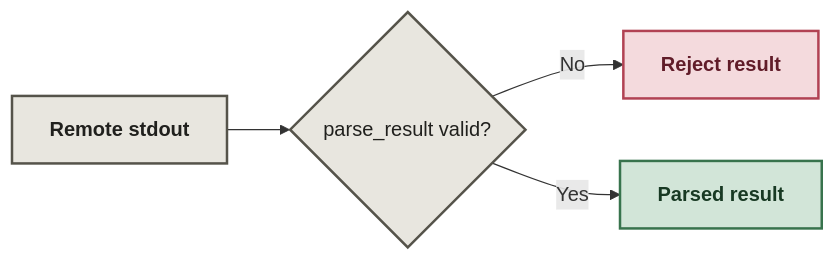
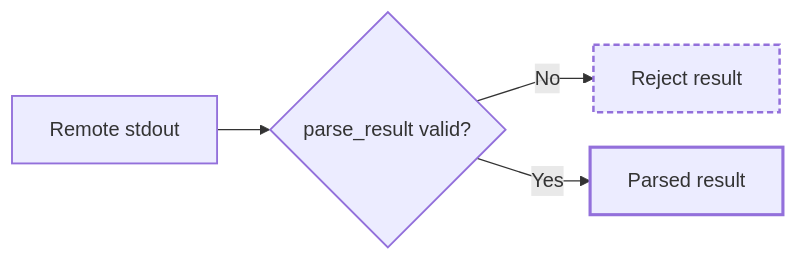
One commit to Niyam-Paneru/ubuntu-phone-compute-bridge changed the second of 3 diagrams in README.md. Above: the diagram before and after it, drawn with Mermaid. The commit also changed other lines of this file, not shown here.

Commit message:
Improve Mermaid layout and light-dark theme readability

````diff
--- a/README.md
+++ b/README.md
@@ -36,12 +46,21 @@
 ```mermaid
+---
+config:
+  flowchart:
+    curve: linear
+    nodeSpacing: 28
+    rankSpacing: 42
+---
 flowchart LR
-    R["<b>Remote stdout</b>"] --> V{"parse_result valid?"}
-    V -- No --> X["<b>Reject result</b>"]
-    V -- Yes --> P["<b>Parsed result</b>"]
-    classDef input fill:#e8e6df,stroke:#55534a,color:#20201d,stroke-width:2px;
-    classDef pass fill:#d2e5d8,stroke:#38734d,color:#183923,stroke-width:2px;
-    classDef stop fill:#f4dadd,stroke:#b14253,color:#611c29,stroke-width:2px;
+    accTitle: Caller validation: check the result before using it
+    accDescr: Decision flow for caller validation: check the result before using it.
+    R["Remote stdout"] --> V{"parse_result valid?"}
+    V -- No --> X["Reject result"]
+    V -- Yes --> P["Parsed result"]
+    classDef input stroke-width:1.5px;
+    classDef pass stroke-width:2.5px;
+    classDef stop stroke-width:2px,stroke-dasharray:5 3;
     class R,V input;
     class P pass;
     class X stop;
 ```
````
